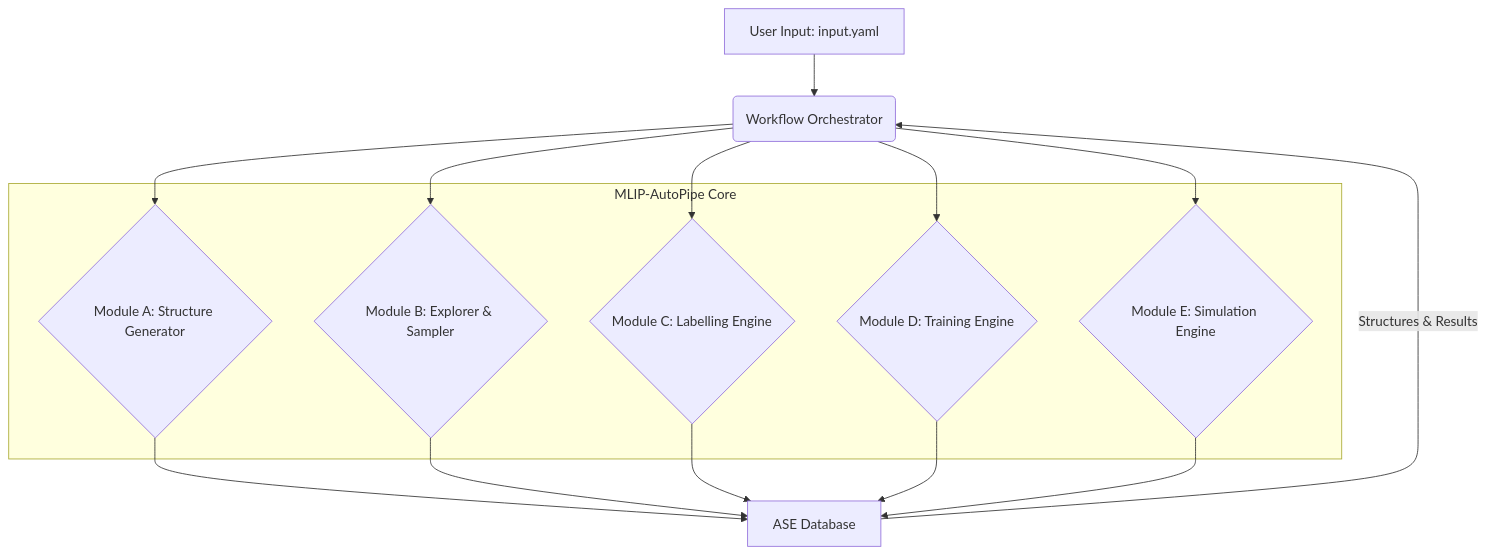
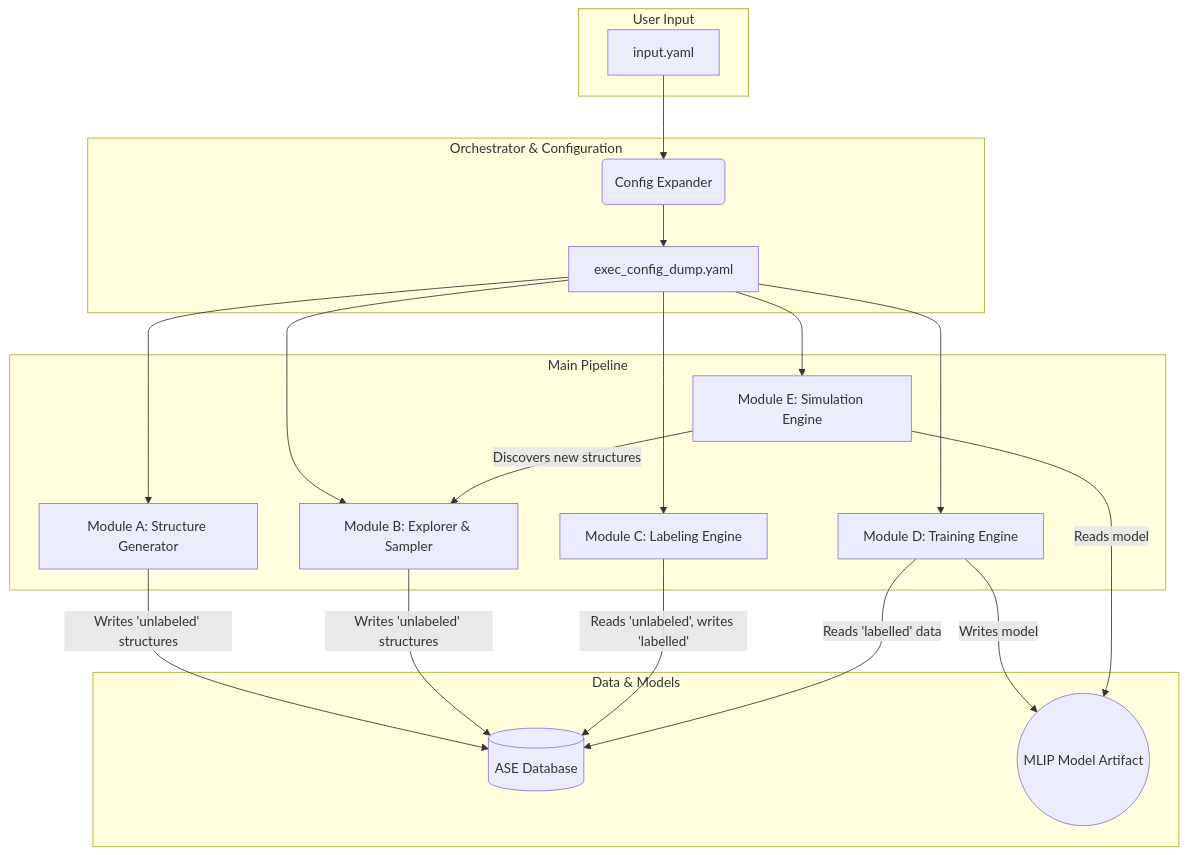
Before and after one commit to tsuyama1990/template_cli_agent: the diagram in dev_documents/system_prompts/SYSTEM_ARCHITECTURE.md, drawn with Mermaid. The commit also changed other lines of this file and 17 other files, not shown here.

First line of the commit message:
feat: Generate system architecture and cycle documentation

````diff
--- a/dev_documents/system_prompts/SYSTEM_ARCHITECTURE.md
+++ b/dev_documents/system_prompts/SYSTEM_ARCHITECTURE.md
@@ -25,18 +33,40 @@
 ```mermaid
 graph TD
-    A[User Input: input.yaml] --> B(Workflow Orchestrator);
-    B --> C{Module A: Structure Generator};
-    C --> D[ASE Database];
-    B --> E{Module B: Explorer & Sampler};
-    E --> D;
-    B --> F{Module C: Labelling Engine};
-    F --> D;
-    B --> G{Module D: Training Engine};
-    G --> D;
-    B --> H{Module E: Simulation Engine};
-    H --> D;
-    D -- Structures & Results --> B;
-    subgraph "MLIP-AutoPipe Core"
-        C; E; F; G; H;
+    subgraph User Input
+        A[input.yaml]
     end
+
+    subgraph Orchestrator & Configuration
+        B(Config Expander)
+        C[exec_config_dump.yaml]
+    end
+
+    subgraph Main Pipeline
+        D[Module A: Structure Generator]
+        E[Module B: Explorer & Sampler]
+        F[Module C: Labeling Engine]
+        G[Module D: Training Engine]
+        H[Module E: Simulation Engine]
+    end
+
+    subgraph Data & Models
+        I[(ASE Database)]
+        J((MLIP Model Artifact))
+    end
+
+    A --> B
+    B --> C
+    C --> D
+    C --> E
+    C --> F
+    C --> G
+    C --> H
+
+    D -- "Writes 'unlabeled' structures" --> I
+    E -- "Writes 'unlabeled' structures" --> I
+    F -- "Reads 'unlabeled', writes 'labelled'" --> I
+    G -- "Reads 'labelled' data" --> I
+    G -- "Writes model" --> J
+    H -- "Reads model" --> J
+    H -- "Discovers new structures" --> E
 ```
````
